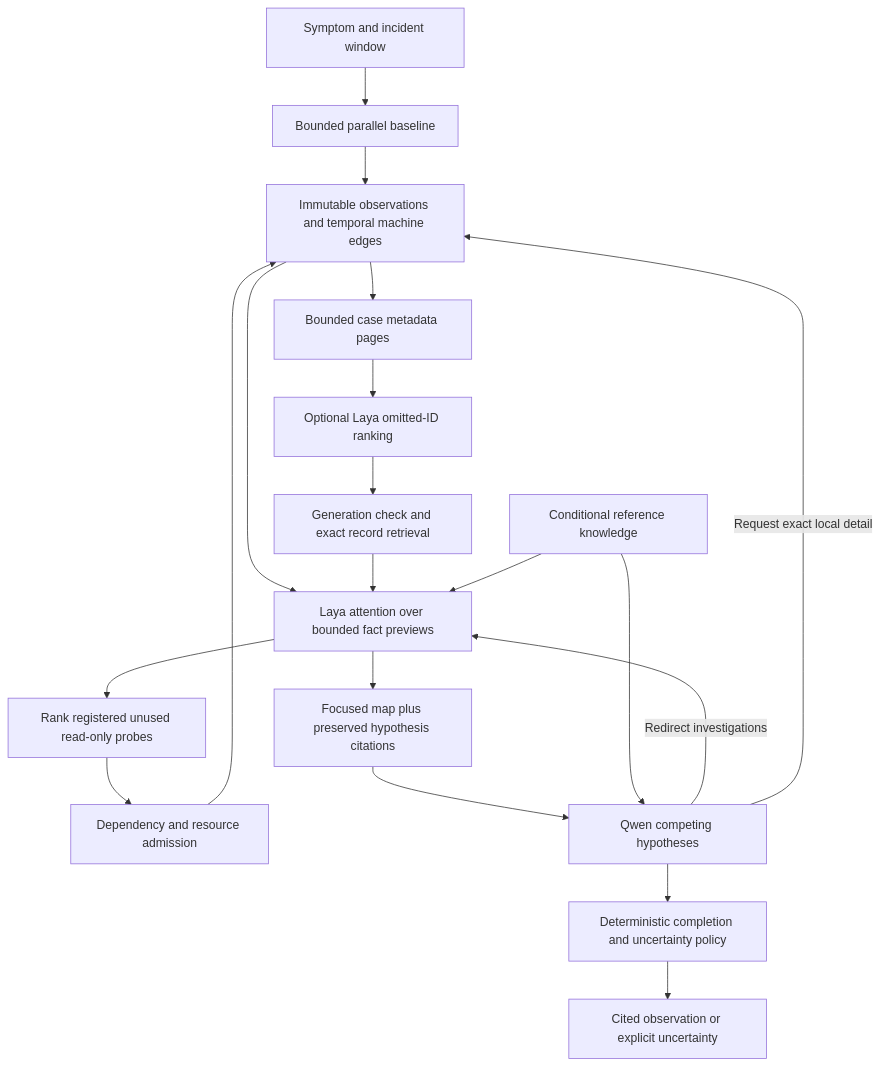
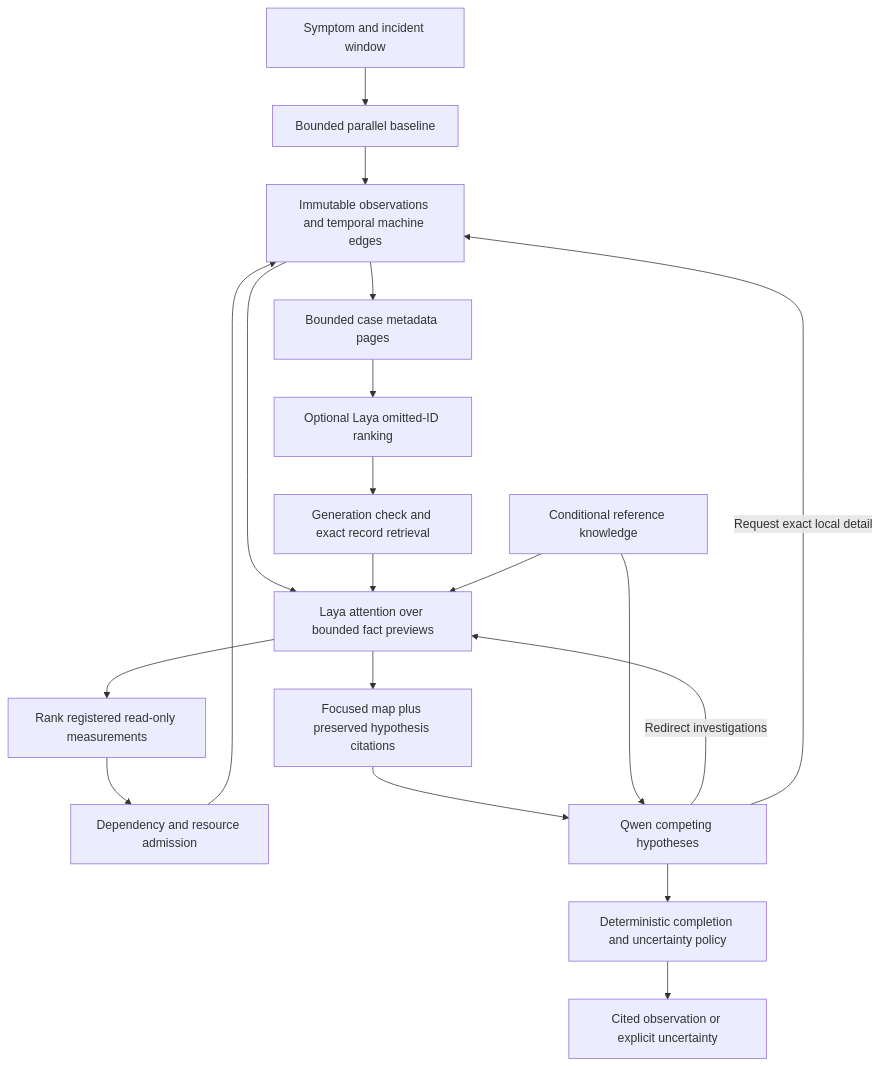
Before and after one commit to BeeJay805/SystemSense: the diagram in docs/architecture/local-two-brain.md, drawn with Mermaid. The commit also changed other lines of this file and 28 other files, not shown here.

````diff
--- a/docs/architecture/local-two-brain.md
+++ b/docs/architecture/local-two-brain.md
@@ -7,21 +7,21 @@
 ```mermaid
 flowchart TD
     Goal[Symptom and incident window] --> Baseline[Bounded parallel baseline]
     Baseline --> Store[Immutable observations and temporal machine edges]
     Store --> Attention[Laya attention over bounded fact previews]
     Store --> Catalog[Bounded case metadata pages]
     Catalog --> IdRank[Optional Laya omitted-ID ranking]
     IdRank --> Exact[Generation check and exact record retrieval]
     Exact --> Attention
     Knowledge[Conditional reference knowledge] --> Attention
-    Attention --> Probes[Rank registered unused read-only probes]
+    Attention --> Probes[Rank registered read-only measurements]
     Probes --> Scheduler[Dependency and resource admission]
     Scheduler --> Store
     Attention --> Focus[Focused map plus preserved hypothesis citations]
     Focus --> Deep[Qwen competing hypotheses]
     Knowledge --> Deep
     Deep -->|Redirect investigations| Attention
     Deep -->|Request exact local detail| Store
     Deep --> Gate[Deterministic completion and uncertainty policy]
     Gate --> Report[Cited observation or explicit uncertainty]
 ```
````
